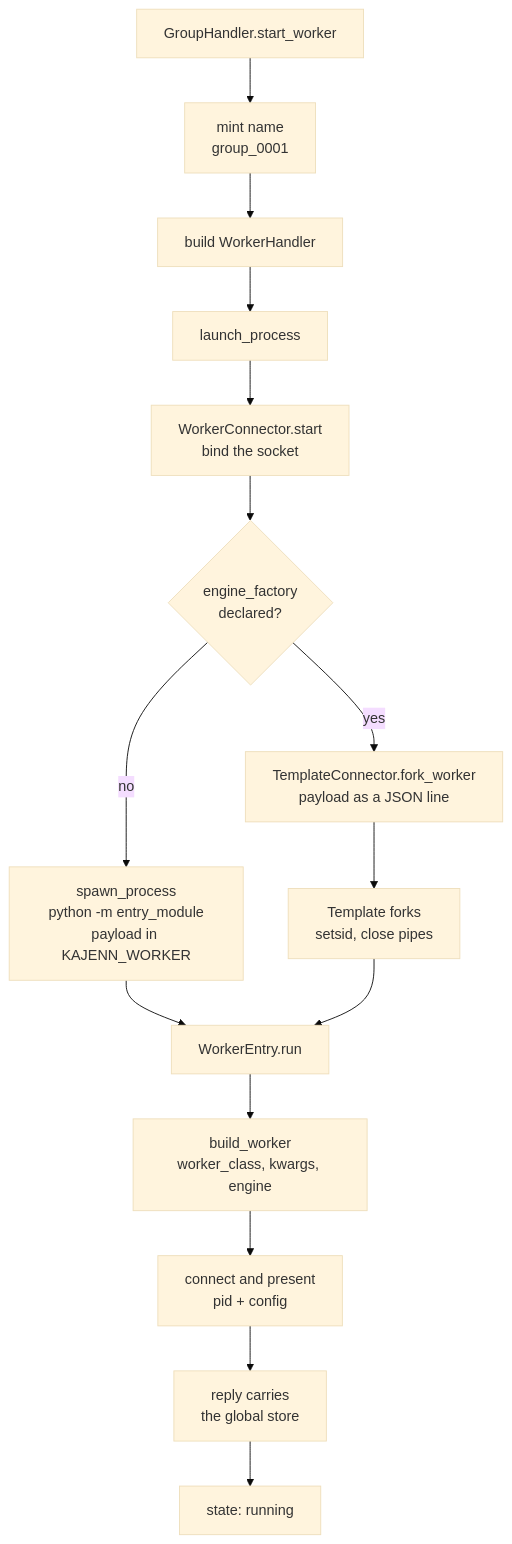
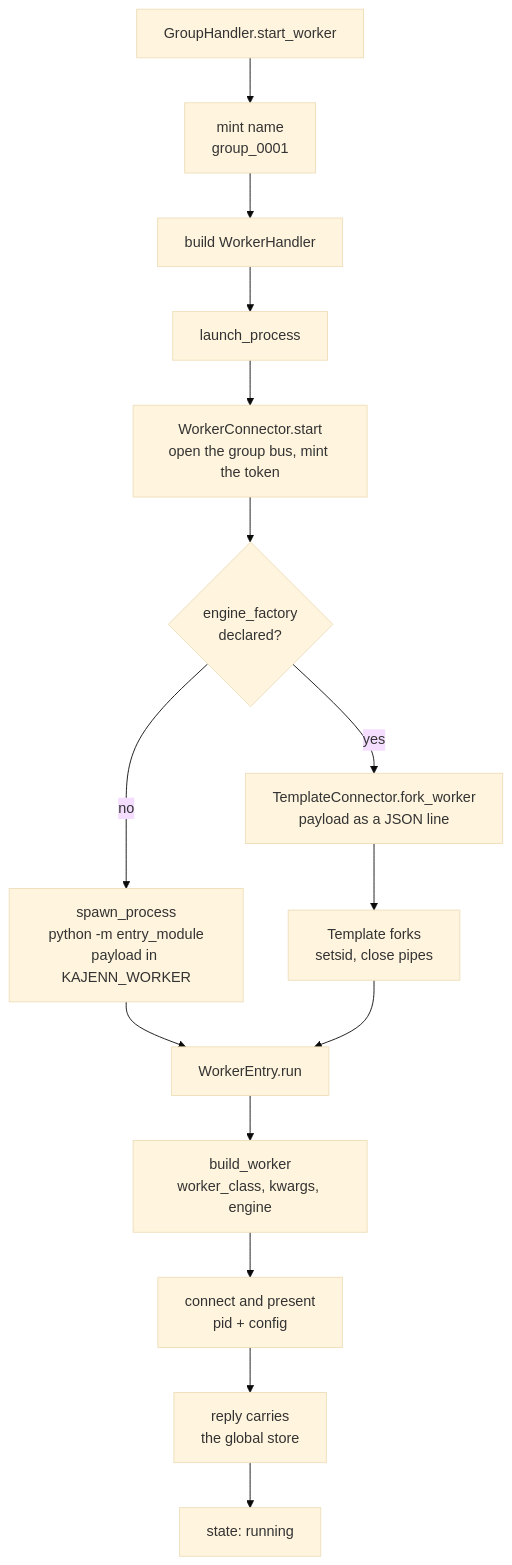
Before and after one commit to kajenn-org/kajenn-orchestra: the third of 6 diagrams in docs/architecture/overview.md, drawn with Mermaid (base theme). The commit also changed other lines of this file and 47 other files, not shown here.

````diff
--- a/docs/architecture/overview.md
+++ b/docs/architecture/overview.md
@@ -121,17 +121,17 @@
 ```mermaid
 flowchart TD
     start["GroupHandler.start_worker"] --> name["mint name<br/>group_0001"]
     name --> handler["build WorkerHandler"]
     handler --> launch["launch_process"]
-    launch --> bind["WorkerConnector.start<br/>bind the socket"]
+    launch --> bind["WorkerConnector.start<br/>open the group bus, mint the token"]
     bind --> how{"engine_factory<br/>declared?"}
     how -->|"no"| spawn["spawn_process<br/>python -m entry_module<br/>payload in KAJENN_WORKER"]
     how -->|"yes"| fork["TemplateConnector.fork_worker<br/>payload as a JSON line"]
     fork --> child["Template forks<br/>setsid, close pipes"]
     spawn --> entry["WorkerEntry.run"]
     child --> entry
     entry --> build["build_worker<br/>worker_class, kwargs, engine"]
     build --> present["connect and present<br/>pid + config"]
     present --> store["reply carries<br/>the global store"]
     store --> running["state: running"]
 ```
````
